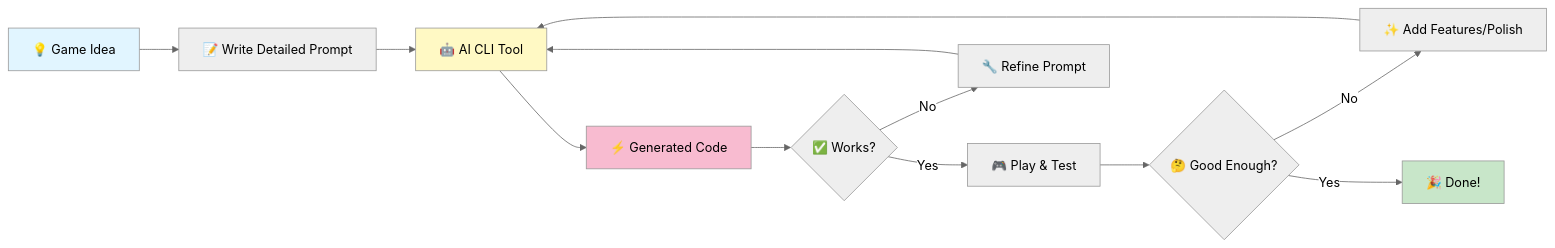
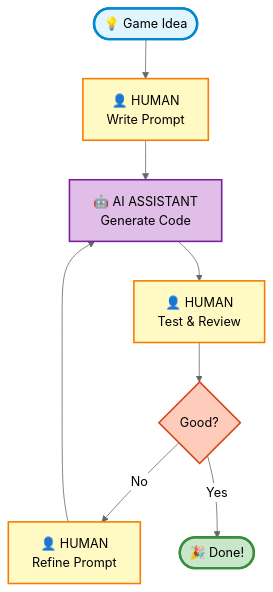
The diagram in diagrams/vibe-coding-workflow.md (tisage/game-llm), drawn with Mermaid (neutral theme) before and after one commit. The commit also changed 1 other file, not shown here.

Commit message:
update flowchart

````diff
--- a/diagrams/vibe-coding-workflow.md
+++ b/diagrams/vibe-coding-workflow.md
@@ -3,19 +3,18 @@
 ```mermaid
-flowchart LR
-    A[💡 Game Idea] --> B[📝 Write Detailed Prompt]
-    B --> C[🤖 AI CLI Tool]
-    C --> D[⚡ Generated Code]
-    D --> E{✅ Works?}
-    E -->|Yes| F[🎮 Play & Test]
-    E -->|No| G[🔧 Refine Prompt]
-    G --> C
-    F --> H{🤔 Good Enough?}
-    H -->|No| I[✨ Add Features/Polish]
-    I --> C
-    H -->|Yes| J[🎉 Done!]
+flowchart TB
+    Start([💡 Game Idea]) --> Human1[👤 HUMAN<br/>Write Prompt]
+    Human1 --> AI1[🤖 AI ASSISTANT<br/>Generate Code]
+    AI1 --> Human2[👤 HUMAN<br/>Test & Review]
+    Human2 --> Decision{Good?}
+    Decision -->|No| Human3[👤 HUMAN<br/>Refine Prompt]
+    Human3 --> AI1
+    Decision -->|Yes| End([🎉 Done!])
 
-    style A fill:#e1f5ff
-    style J fill:#c8e6c9
-    style C fill:#fff9c4
-    style D fill:#f8bbd0
+    style Start fill:#e1f5ff,stroke:#0288d1,stroke-width:3px
+    style End fill:#c8e6c9,stroke:#388e3c,stroke-width:3px
+    style Human1 fill:#fff9c4,stroke:#f57c00,stroke-width:2px
+    style Human2 fill:#fff9c4,stroke:#f57c00,stroke-width:2px
+    style Human3 fill:#fff9c4,stroke:#f57c00,stroke-width:2px
+    style AI1 fill:#e1bee7,stroke:#7b1fa2,stroke-width:2px
+    style Decision fill:#ffccbc,stroke:#d84315,stroke-width:2px
 ```
````
